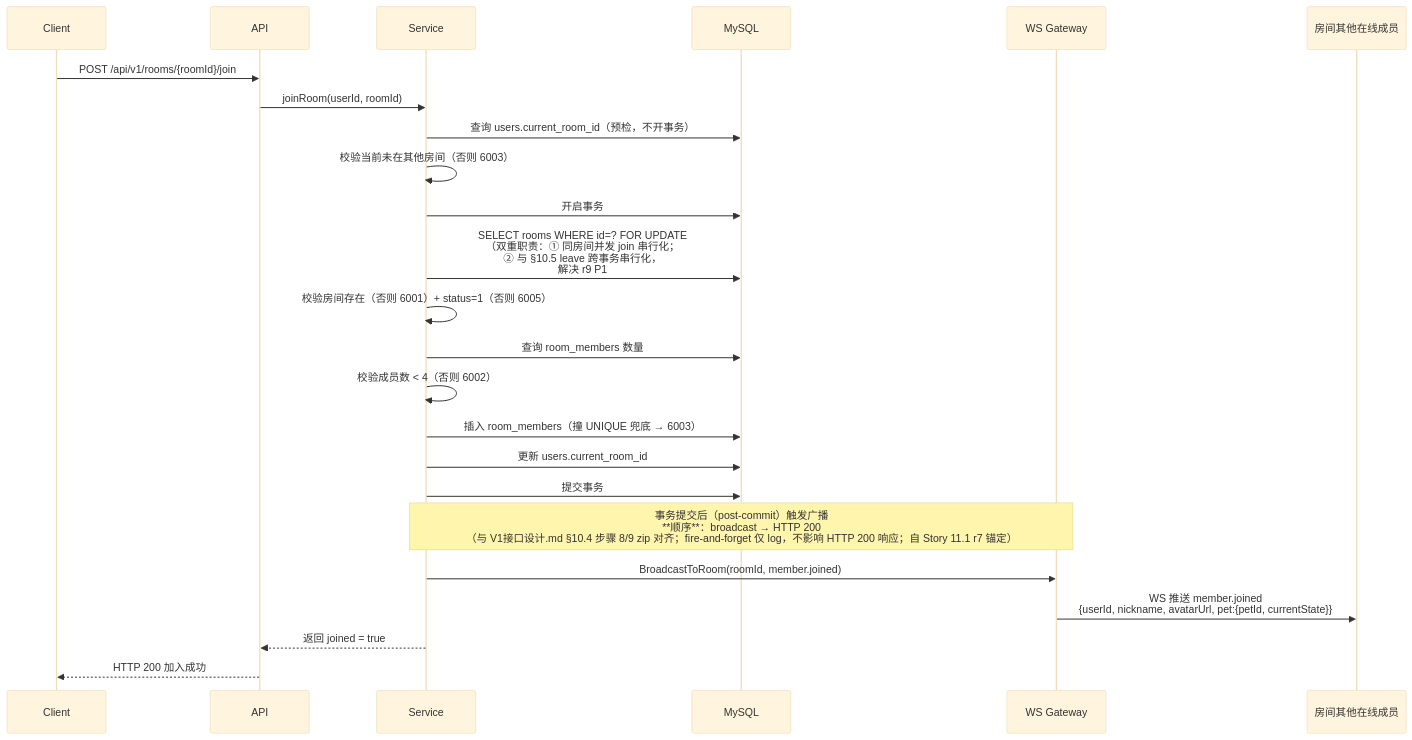
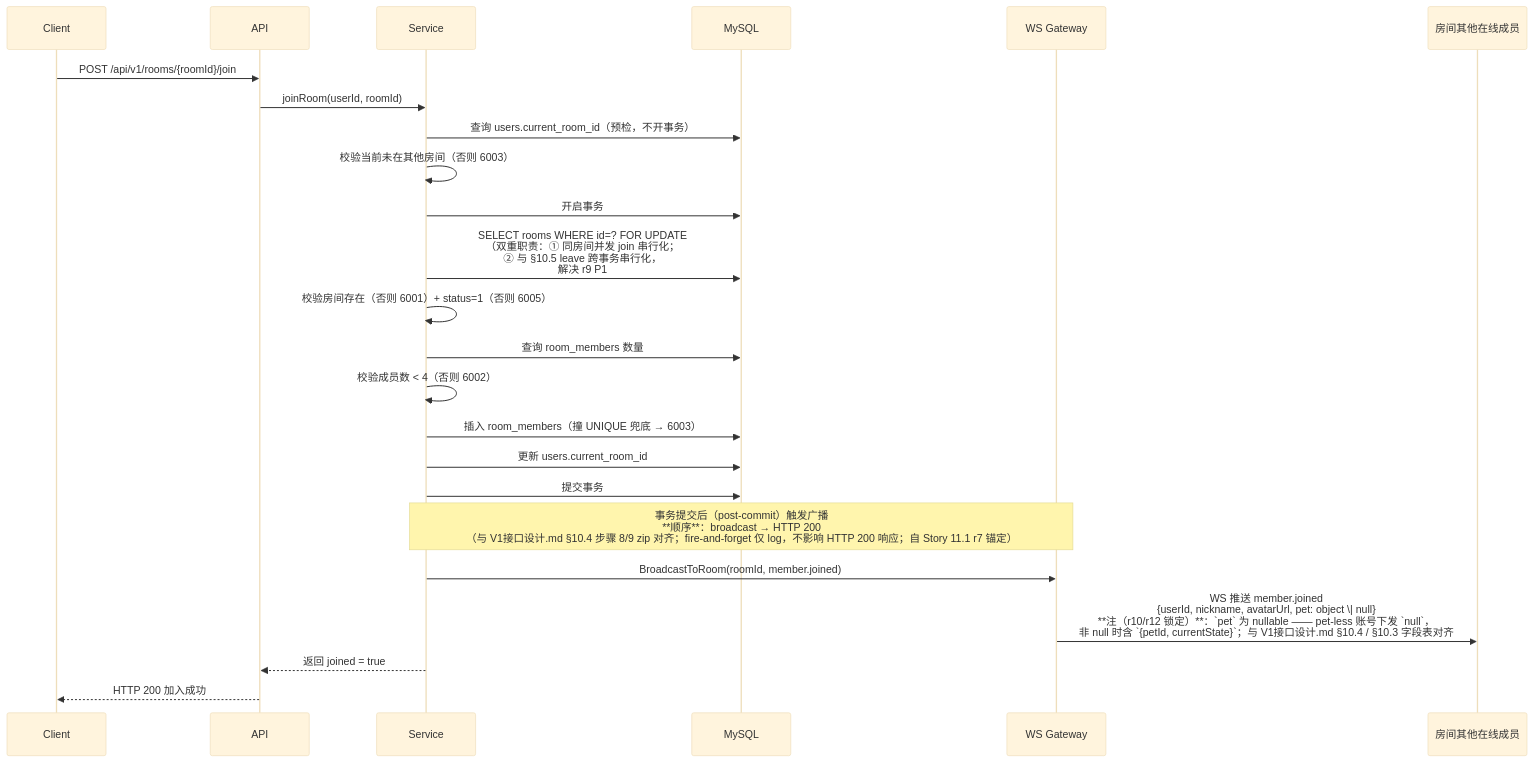
The ninth of 12 diagrams in docs/宠物互动App_时序图与核心业务流程设计.md (huing7373/catc), drawn with Mermaid (base theme) before and after one commit. The commit also changed 4 other files, not shown here.

First line of the commit message:
fix(review): ACL FOR SHARE 锁精确边界 + mermaid pet nullable 同步（11-1 r12）

````diff
--- a/docs/宠物互动App_时序图与核心业务流程设计.md
+++ b/docs/宠物互动App_时序图与核心业务流程设计.md
@@ -439,27 +439,27 @@
 ```mermaid
 sequenceDiagram
     participant Client
     participant API
     participant Service
     participant MySQL
     participant WSGateway as WS Gateway
     participant Others as 房间其他在线成员
 
     Client->>API: POST /api/v1/rooms/{roomId}/join
     API->>Service: joinRoom(userId, roomId)
     Service->>MySQL: 查询 users.current_room_id（预检，不开事务）
     Service->>Service: 校验当前未在其他房间（否则 6003）
     Service->>MySQL: 开启事务
     Service->>MySQL: SELECT rooms WHERE id=? FOR UPDATE<br/>（双重职责：① 同房间并发 join 串行化；<br/>② 与 §10.5 leave 跨事务串行化，<br/>解决 r9 P1#2 cross-tx race）
     Service->>Service: 校验房间存在（否则 6001）+ status=1（否则 6005）
     Service->>MySQL: 查询 room_members 数量
     Service->>Service: 校验成员数 < 4（否则 6002）
     Service->>MySQL: 插入 room_members（撞 UNIQUE 兜底 → 6003）
     Service->>MySQL: 更新 users.current_room_id
     Service->>MySQL: 提交事务
     Note over Service,WSGateway: 事务提交后（post-commit）触发广播<br/>**顺序**：broadcast → HTTP 200<br/>（与 V1接口设计.md §10.4 步骤 8/9 zip 对齐；fire-and-forget 仅 log，不影响 HTTP 200 响应；自 Story 11.1 r7 锚定）
     Service->>WSGateway: BroadcastToRoom(roomId, member.joined)
-    WSGateway->>Others: WS 推送 member.joined<br/>{userId, nickname, avatarUrl, pet:{petId, currentState}}
+    WSGateway->>Others: WS 推送 member.joined<br/>{userId, nickname, avatarUrl, pet: object \| null}<br/>**注（r10/r12 锁定）**：`pet` 为 nullable —— pet-less 账号下发 `null`，<br/>非 null 时含 `{petId, currentState}`；与 V1接口设计.md §10.4 / §10.3 字段表对齐
     Service-->>API: 返回 joined = true
     API-->>Client: HTTP 200 加入成功
 ```
````
